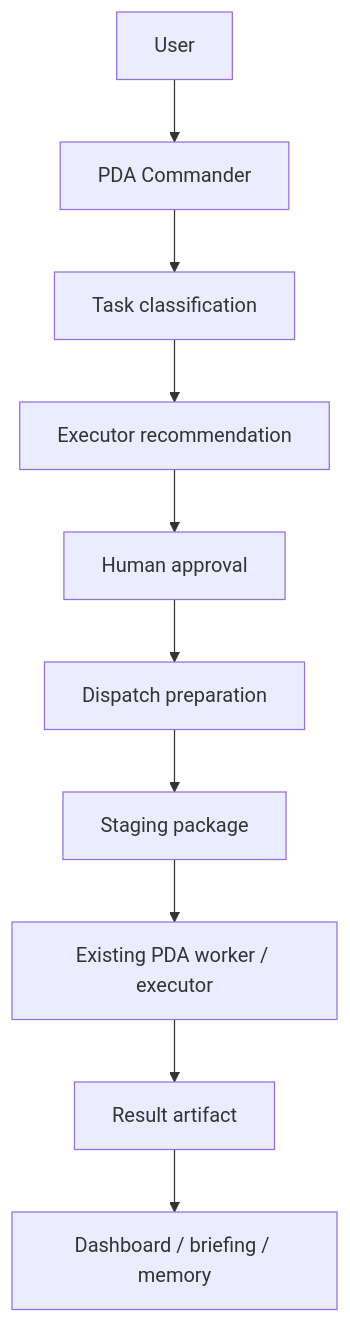
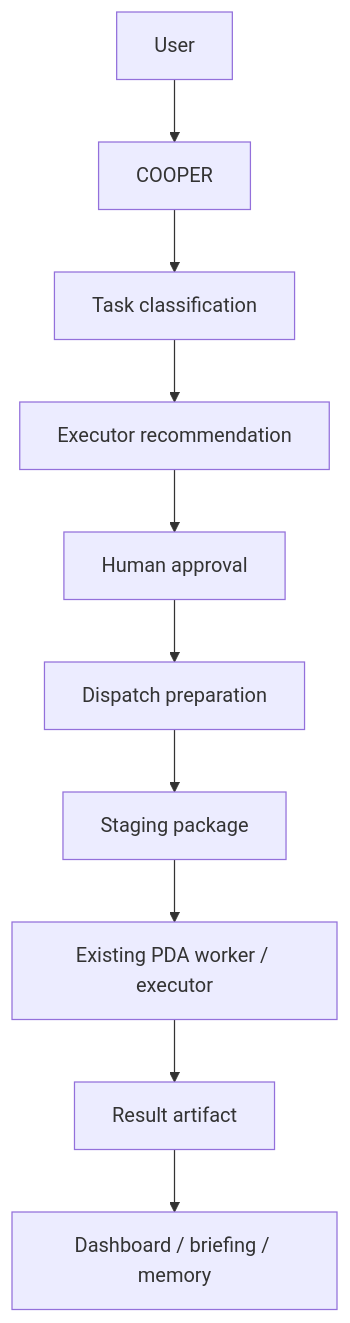
One commit to ThemisEidos/AI-Ecosystem changed the diagram in Documentation/PDA-Agent-Dispatch-Architecture.md. Above: the diagram before and after it, drawn with Mermaid. The commit also changed other lines of this file and 17 other files, not shown here.

Commit message:
feat(commander): introduce COOPER identity and personality layer

````diff
--- a/Documentation/PDA-Agent-Dispatch-Architecture.md
+++ b/Documentation/PDA-Agent-Dispatch-Architecture.md
@@ -11,12 +11,12 @@
 ```mermaid
 flowchart TD
-    U["User"] --> C["PDA Commander"]
+    U["User"] --> C["COOPER"]
     C --> R["Task classification"]
     R --> E["Executor recommendation"]
     E --> A["Human approval"]
     A --> P["Dispatch preparation"]
     P --> S["Staging package"]
     S --> W["Existing PDA worker / executor"]
     W --> O["Result artifact"]
     O --> B["Dashboard / briefing / memory"]
 ```
````
